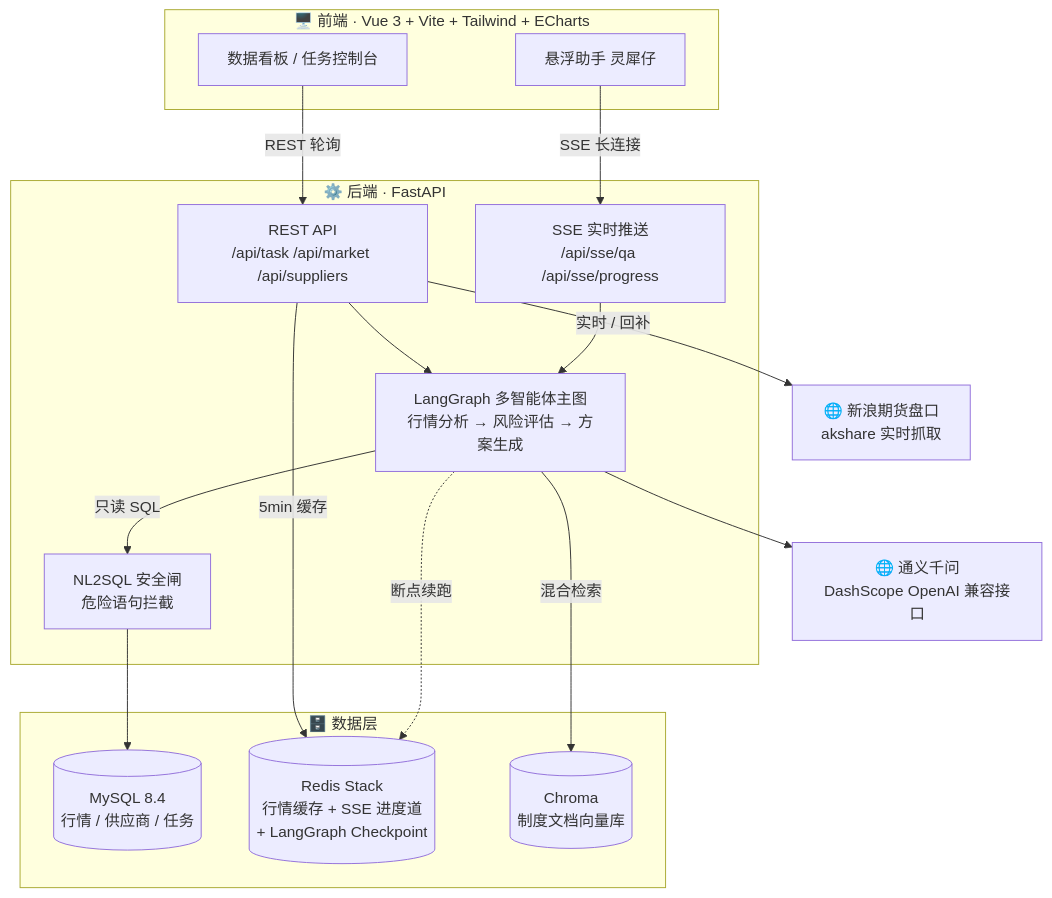
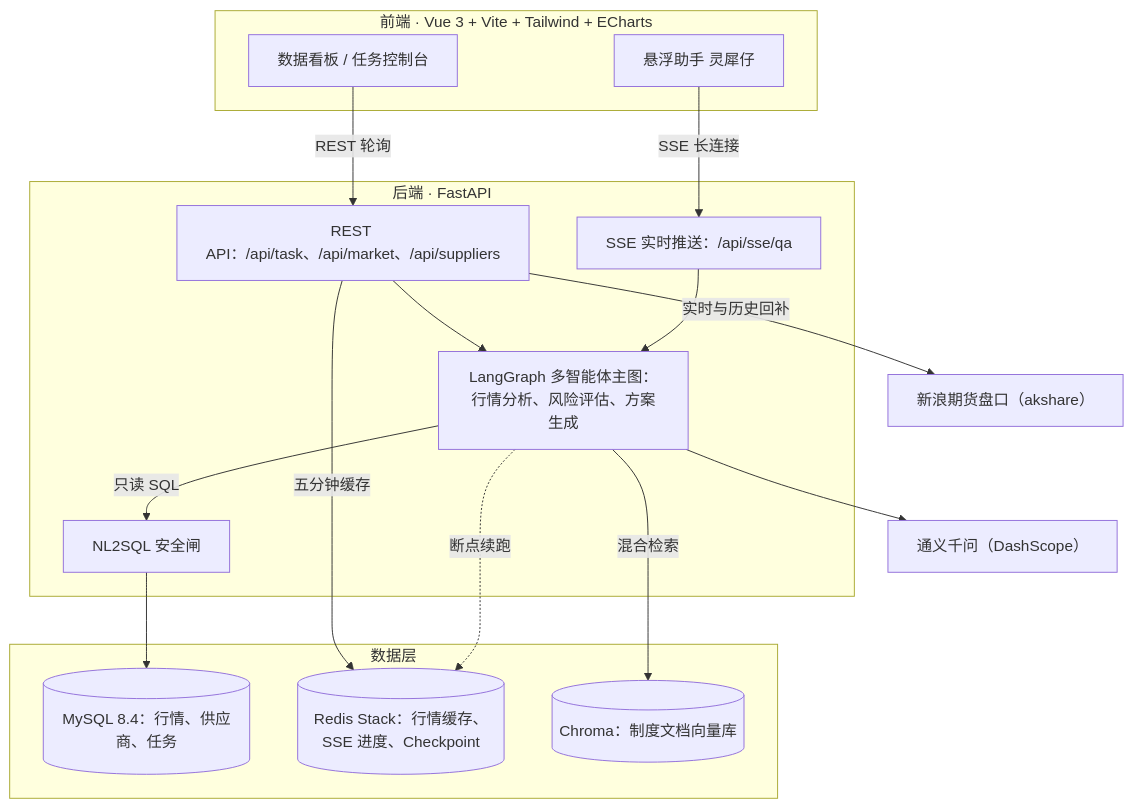
Before and after one commit to YuanZ567/lingxi-procurement: the diagram in README.md, drawn with Mermaid. The commit also changed 1 other file, not shown here.

Commit message:
docs: 修复架构图语法并补充效果图

````diff
--- a/README.md
+++ b/README.md
@@ -62,34 +62,35 @@
 ```mermaid
 flowchart TB
-    subgraph FE["🖥️ 前端 · Vue 3 + Vite + Tailwind + ECharts"]
+    subgraph FE["前端 · Vue 3 + Vite + Tailwind + ECharts"]
         UI["数据看板 / 任务控制台"]
         LZ["悬浮助手 灵犀仔"]
     end
 
-    subgraph BE["⚙️ 后端 · FastAPI"]
-        API["REST API<br/>/api/task /api/market /api/suppliers"]
-        SSE["SSE 实时推送<br/>/api/sse/qa /api/sse/progress"]
-        GRAPH["LangGraph 多智能体主图<br/>行情分析 → 风险评估 → 方案生成"]
-        GUARD["NL2SQL 安全闸<br/>危险语句拦截"]
+    subgraph BE["后端 · FastAPI"]
+        API["REST API：/api/task、/api/market、/api/suppliers"]
+        SSE["SSE 实时推送：/api/sse/qa"]
+        GRAPH["LangGraph 多智能体主图：行情分析、风险评估、方案生成"]
+        GUARD["NL2SQL 安全闸"]
     end
 
-    subgraph DS["🗄️ 数据层"]
-        MYSQL[("MySQL 8.4<br/>行情 / 供应商 / 任务")]
-        REDIS[("Redis Stack<br/>行情缓存 + SSE 进度道<br/>+ LangGraph Checkpoint")]
-        CHROMA[("Chroma<br/>制度文档向量库")]
+    subgraph DS["数据层"]
+        MYSQL[("MySQL 8.4：行情、供应商、任务")]
+        REDIS[("Redis Stack：行情缓存、SSE 进度、Checkpoint")]
+        CHROMA[("Chroma：制度文档向量库")]
     end
 
-    LLM["🌐 通义千问<br/>DashScope OpenAI 兼容接口"]
-    AK["🌐 新浪期货盘口<br/>akshare 实时抓取"]
+    LLM["通义千问（DashScope）"]
+    AK["新浪期货盘口（akshare）"]
 
-    UI -- "REST 轮询" --> API
-    LZ -- "SSE 长连接" --> SSE
+    UI -->|REST 轮询| API
+    LZ -->|SSE 长连接| SSE
     API --> GRAPH
     SSE --> GRAPH
-    GRAPH -- "只读 SQL" --> GUARD --> MYSQL
-    GRAPH -- "混合检索" --> CHROMA
+    GRAPH -->|只读 SQL| GUARD
+    GUARD --> MYSQL
+    GRAPH -->|混合检索| CHROMA
     GRAPH --> LLM
-    API -- "实时 / 回补" --> AK
-    API -- "5min 缓存" --> REDIS
-    GRAPH -. "断点续跑" .-> REDIS
+    API -->|实时与历史回补| AK
+    API -->|五分钟缓存| REDIS
+    GRAPH -.->|断点续跑| REDIS
 ```
````
